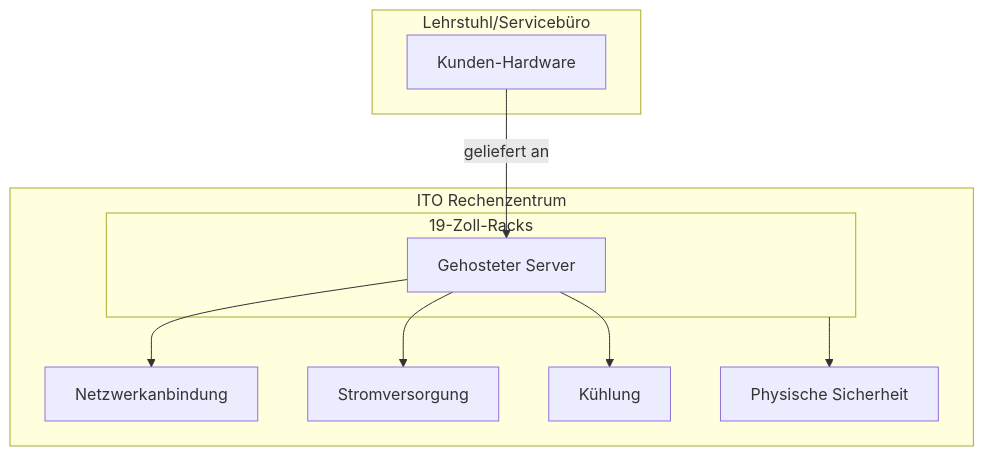
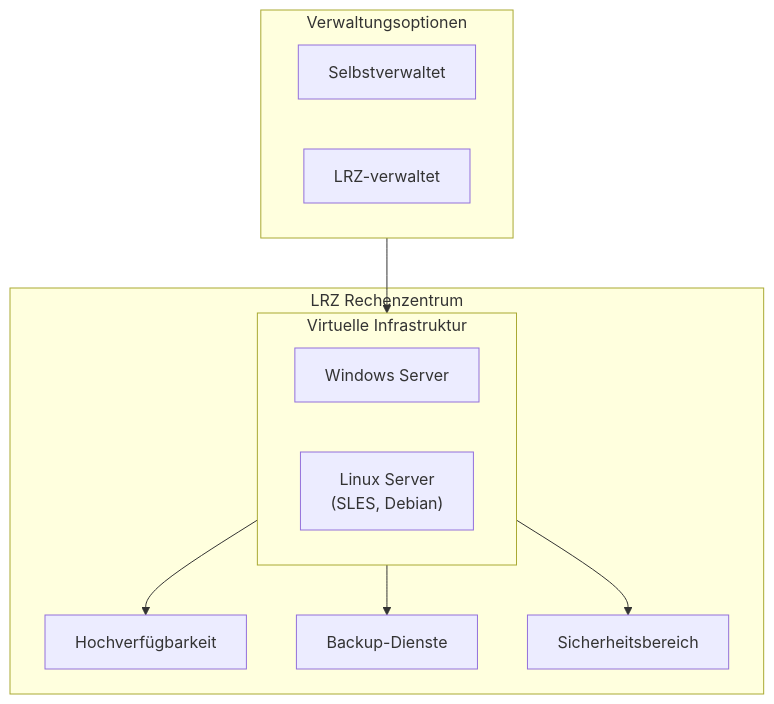
The first of 3 diagrams in de/chapters/04-infrastrukturdienste.qmd (jtimo/tum-ito-admin-guide), drawn with Mermaid before and after one commit. The commit also changed other lines of this file and 21 other files, not shown here.

````diff
--- a/de/chapters/04-infrastrukturdienste.qmd
+++ b/de/chapters/04-infrastrukturdienste.qmd
@@ -132,23 +15,23 @@
 ```{mermaid}
-%%| fig-cap: "Hardware-Hosting-Dienst"
+%%| fig-cap: "LRZ Virtuelle Server-Infrastruktur"
 flowchart TB
-    subgraph Customer["Lehrstuhl/Servicebüro"]
-        HW["Kunden-Hardware"]
+    subgraph LRZ["LRZ Rechenzentrum"]
+        subgraph VirtInfra["Virtuelle Infrastruktur"]
+            Win["Windows Server"]
+            Linux["Linux Server<br/>(SLES, Debian)"]
+        end
+        HA["Hochverfügbarkeit"]
+        Backup["Backup-Dienste"]
+        Security["Sicherheitsbereich"]
     end
 
-    subgraph ITO["ITO Rechenzentrum"]
-        subgraph Rack["19-Zoll-Racks"]
-            Server["Gehosteter Server"]
-        end
-        Network["Netzwerkanbindung"]
-        Power["Stromversorgung"]
-        Cooling["Kühlung"]
-        Physical["Physische Sicherheit"]
+    subgraph Management["Verwaltungsoptionen"]
+        Self["Selbstverwaltet"]
+        Managed["LRZ-verwaltet"]
     end
 
-    HW --> |geliefert an| Server
-    Server --> Network
-    Server --> Power
-    Server --> Cooling
-    Rack --> Physical
+    VirtInfra --> HA
+    VirtInfra --> Backup
+    VirtInfra --> Security
+    Management --> VirtInfra
 ```
````
